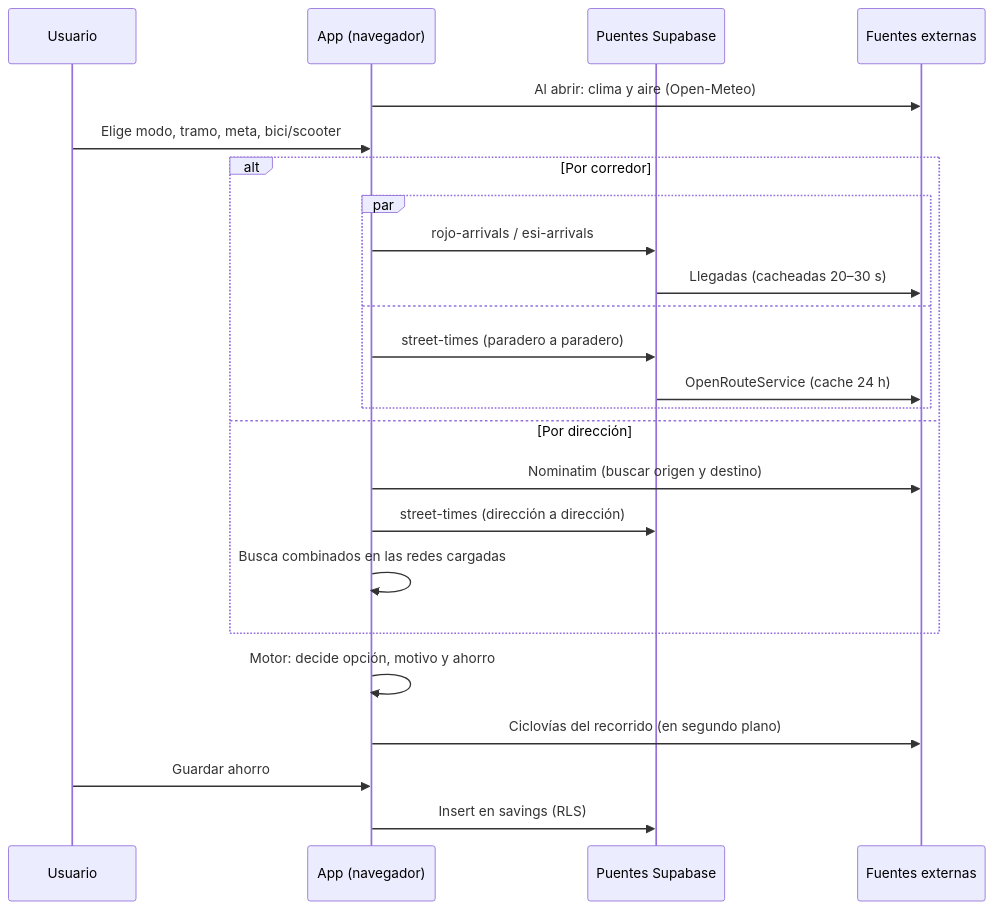
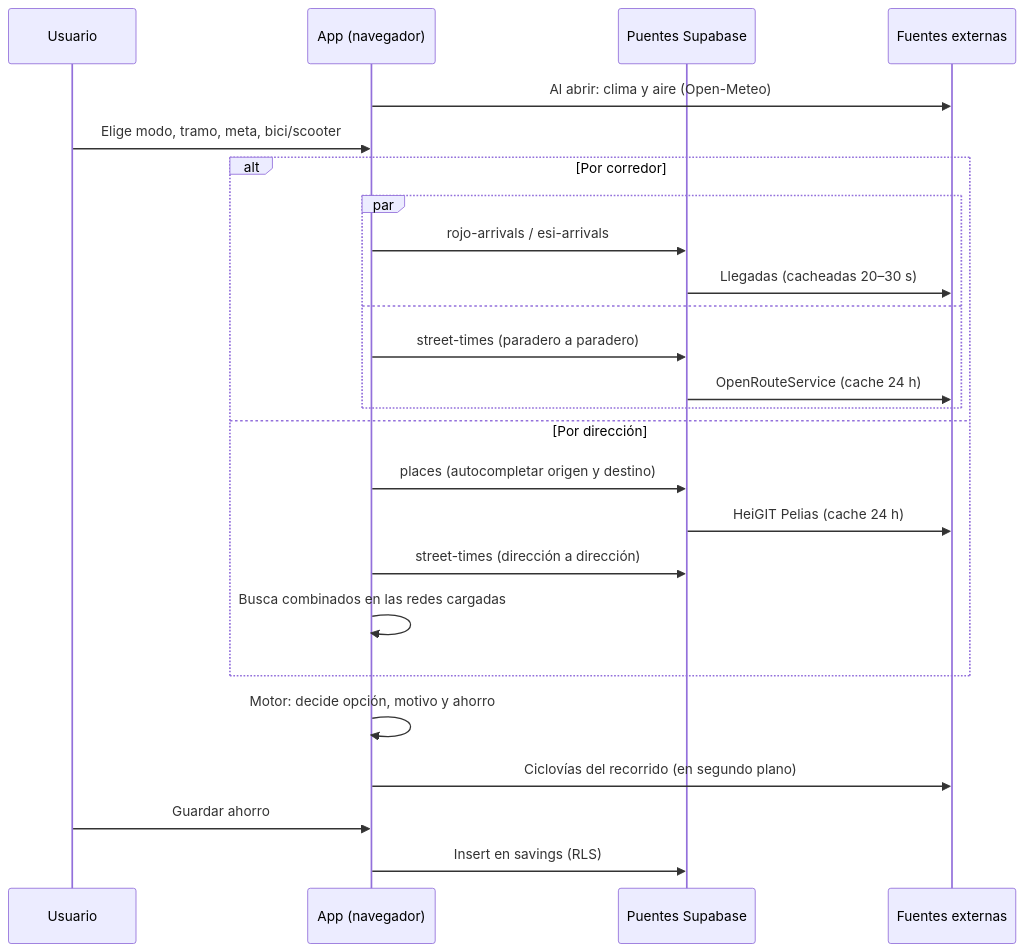
One commit to 4ngelinepe/yio changed the second of 2 diagrams in docs/ARQUITECTURA.md. Above: the diagram before and after it, drawn with Mermaid. The commit also changed other lines of this file and 6 other files, not shown here.

First line of the commit message:
Buscador con autocompletar (puente places · HeiGIT Pelias), Casa/Trabajo y recientes; Nominatim queda de respaldo

````diff
--- a/docs/ARQUITECTURA.md
+++ b/docs/ARQUITECTURA.md
@@ -172,27 +177,28 @@
 ```mermaid
 sequenceDiagram
   participant U as Usuario
   participant W as App (navegador)
   participant SB as Puentes Supabase
   participant X as Fuentes externas
 
   W->>X: Al abrir: clima y aire (Open-Meteo)
   U->>W: Elige modo, tramo, meta, bici/scooter
   alt Por corredor
     par
       W->>SB: rojo-arrivals / esi-arrivals
       SB->>X: Llegadas (cacheadas 20–30 s)
     and
       W->>SB: street-times (paradero a paradero)
       SB->>X: OpenRouteService (cache 24 h)
     end
   else Por dirección
-    W->>X: Nominatim (buscar origen y destino)
+    W->>SB: places (autocompletar origen y destino)
+    SB->>X: HeiGIT Pelias (cache 24 h)
     W->>SB: street-times (dirección a dirección)
     W->>W: Busca combinados en las redes cargadas
   end
   W->>W: Motor: decide opción, motivo y ahorro
   W->>X: Ciclovías del recorrido (en segundo plano)
   U->>W: Guardar ahorro
   W->>SB: Insert en savings (RLS)
 ```
````
